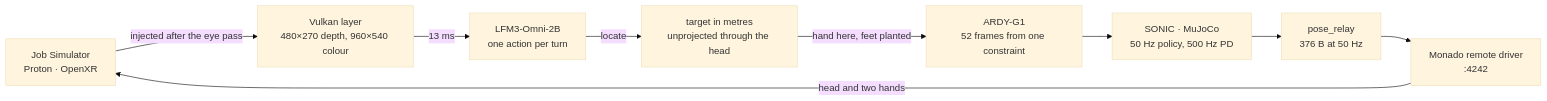
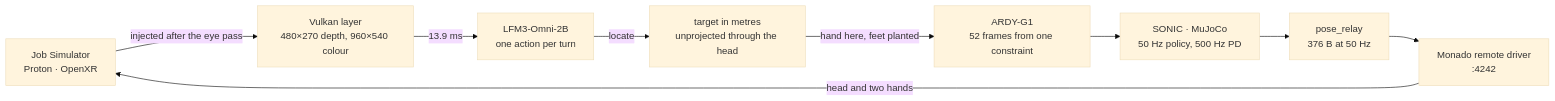
The diagram in README.md (HasNate618/Clank), drawn with Mermaid (base theme) before and after one commit. The commit also changed other lines of this file and 1 other file, not shown here.

````diff
--- a/README.md
+++ b/README.md
@@ -35,18 +35,18 @@
 ```mermaid
 flowchart LR
     G["Job Simulator<br/>Proton · OpenXR"]
     L["Vulkan layer<br/>480×270 depth, 960×540 colour"]
     V["LFM3-Omni-2B<br/>one action per turn"]
     P["target in metres<br/>unprojected through the head"]
     A["ARDY-G1<br/>52 frames from one constraint"]
     S["SONIC · MuJoCo<br/>50 Hz policy, 500 Hz PD"]
     R["pose_relay<br/>376 B at 50 Hz"]
     M["Monado remote driver<br/>:4242"]
 
     G -->|"injected after the eye pass"| L
-    L -->|"13 ms"| V
+    L -->|"13.9 ms"| V
     V -->|"locate"| P
     P -->|"hand here, feet planted"| A
     A --> S --> R --> M
     M -->|"head and two hands"| G
 ```
````
